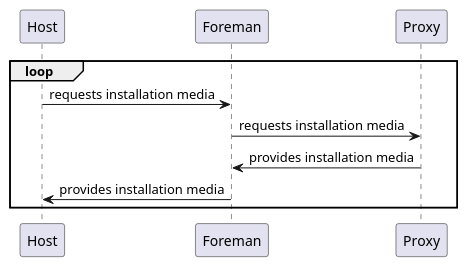
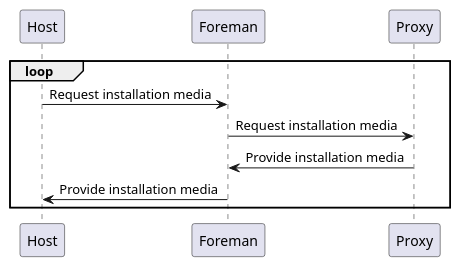
One commit to theforeman/foreman-documentation changed the diagram in guides/image-sources/prov-installation-media.iuml. Above: the diagram before and after it, drawn with PlantUML. The commit also changed 6 other files, not shown here.

```diff
--- a/guides/image-sources/prov-installation-media.iuml
+++ b/guides/image-sources/prov-installation-media.iuml
@@ -1,6 +1,6 @@
 loop
-   Host -> Foreman : requests installation media
-   Foreman -> Proxy : requests installation media
-   Proxy -> Foreman : provides installation media
-   Foreman -> Host : provides installation media
+   Host -> Foreman : Request installation media
+   Foreman -> Proxy : Request installation media
+   Proxy -> Foreman : Provide installation media
+   Foreman -> Host : Provide installation media
 end
```
